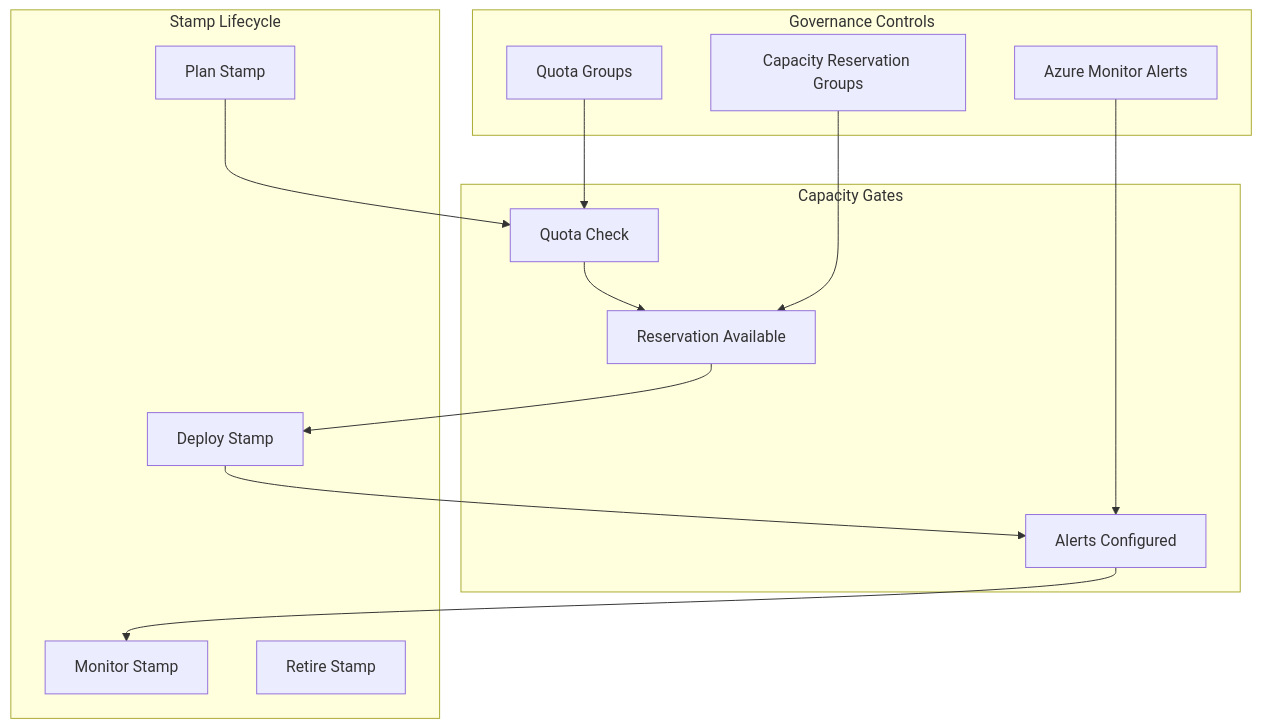
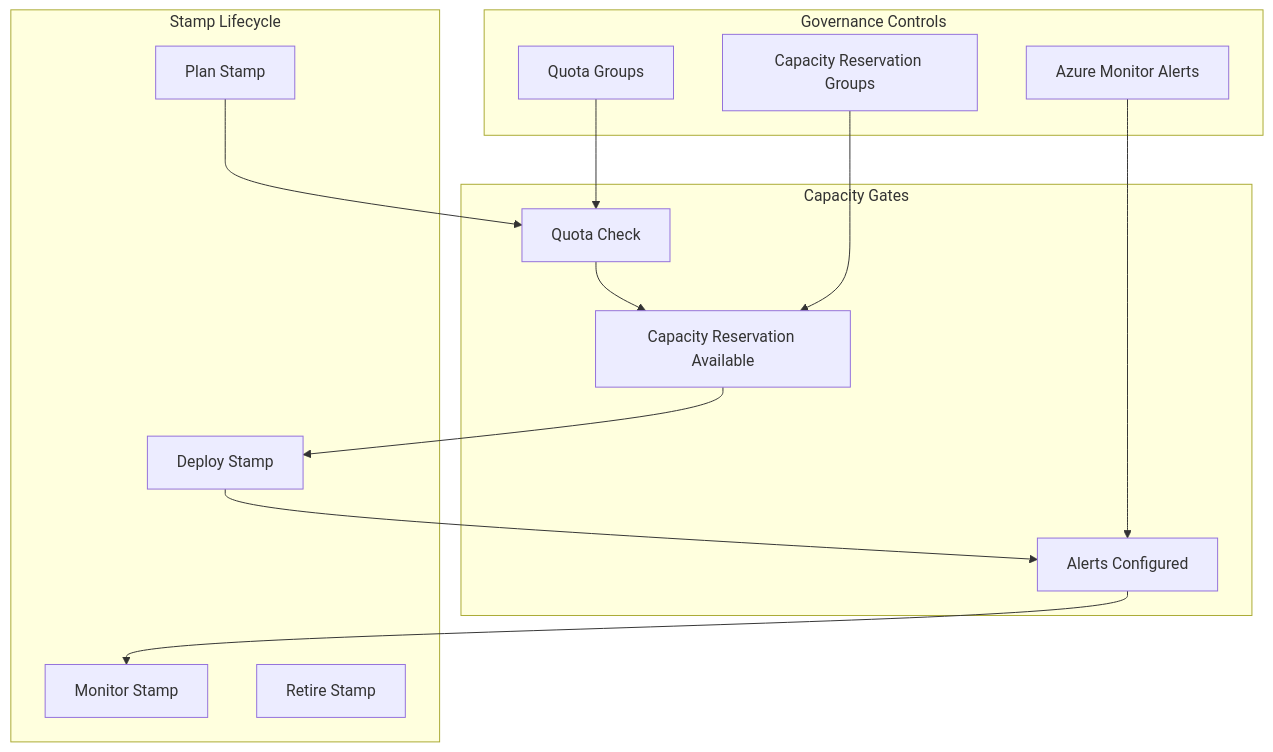
The diagram in training/modules/module-07-deployment-stamps-and-supply-chain.md (msbrettorg/azcapman), drawn with Mermaid before and after one commit. The commit also changed other lines of this file and 18 other files, not shown here.

````diff
--- a/training/modules/module-07-deployment-stamps-and-supply-chain.md
+++ b/training/modules/module-07-deployment-stamps-and-supply-chain.md
@@ -38,31 +38,31 @@
 ```mermaid
 graph TD
     subgraph "Stamp Lifecycle"
         plan[Plan Stamp]
         deploy[Deploy Stamp]
         monitor[Monitor Stamp]
         retire[Retire Stamp]
     end
 
     subgraph "Capacity Gates"
         quota_check[Quota Check]
-        reservation_check[Reservation Available]
+        reservation_check[Capacity Reservation Available]
         alert_config[Alerts Configured]
     end
 
     subgraph "Governance Controls"
         qg[Quota Groups]
         crg[Capacity Reservation Groups]
         alerts[Azure Monitor Alerts]
     end
 
     plan --> quota_check
     quota_check --> reservation_check
     reservation_check --> deploy
     deploy --> alert_config
     alert_config --> monitor
 
     qg --> quota_check
     crg --> reservation_check
     alerts --> alert_config
 ```
````
